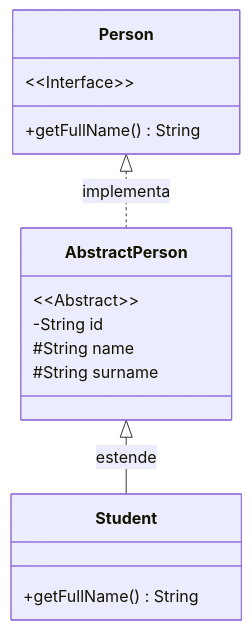
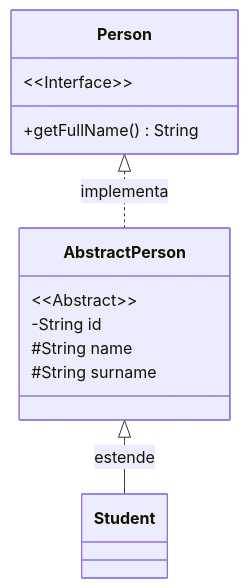
One commit to TendTo/Tutorato-Ingegneria-del-Software changed the first of 3 diagrams in lezioni/4-UML/README.md. Above: the diagram before and after it, drawn with Mermaid. The commit also changed other lines of this file and 2 other files, not shown here.

````diff
--- a/lezioni/4-UML/README.md
+++ b/lezioni/4-UML/README.md
@@ -133,18 +131,16 @@
 ```mermaid
 classDiagram
     class Person {
         &lt;&lt;Interface&gt;&gt;
         +getFullName() String
     }
     class AbstractPerson {
         &lt;&lt;Abstract&gt;&gt;
         -String id
         #String name
         #String surname
     }
-    class Student {
-        +getFullName() String
-    }
+    class Student
     Person <|.. AbstractPerson : implementa
     AbstractPerson <|-- Student : estende
 ```
````
